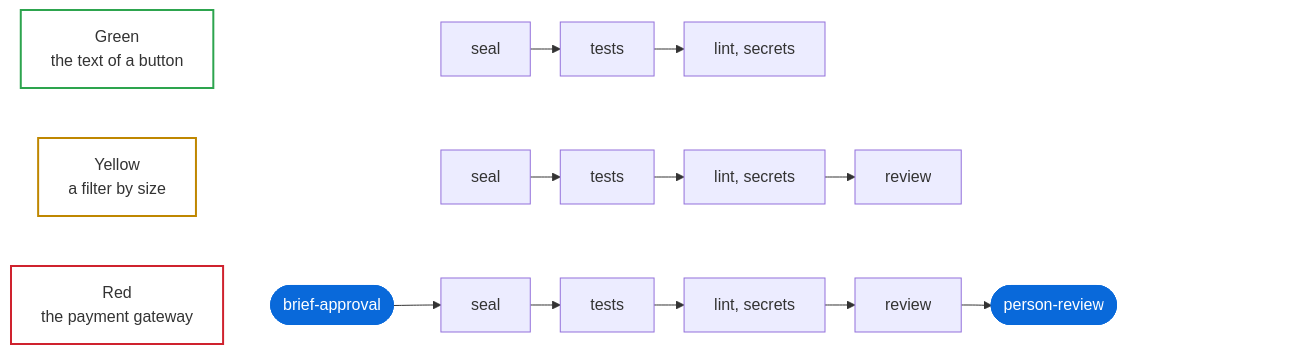
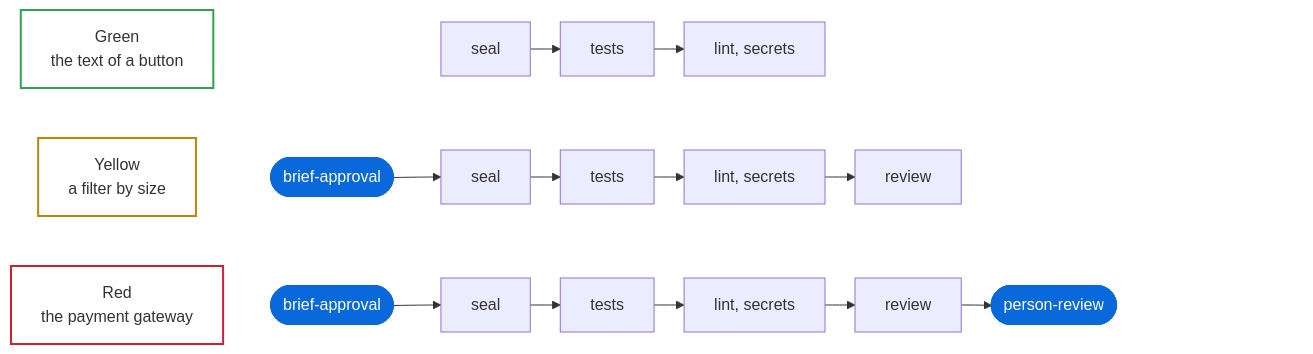
One commit to MarsGotta/gdd changed the third of 4 diagrams in skills/README.md. Above: the diagram before and after it, drawn with Mermaid. The commit also changed other lines of this file and 38 other files, not shown here.

First line of the commit message:
Approve the brief on yellow again, judge every finished build, and move the skills to 0.10.1

````diff
--- a/skills/README.md
+++ b/skills/README.md
@@ -202,18 +202,18 @@
 ```mermaid
 %%{init: {"flowchart": {"rankSpacing": 30}}}%%
 flowchart LR
     accTitle: What each color asks for, in the blueprint's template
-    accDescr: Green asks for the seal, the tests, the linter and the secret scan. Yellow adds a reviewer. Red adds your approval of the brief before anyone builds, and your review of the change at the end.
+    accDescr: Green asks for the seal, the tests, the linter and the secret scan. Yellow adds your approval of the brief before anyone builds, and a reviewer. Red adds your review of the change at the end.
     G["Green<br/>the text of a button"] ~~~ g0["brief-approval"] ~~~ g1["seal"] --> g2["tests"] --> g3["lint, secrets"]
-    Y["Yellow<br/>a filter by size"] ~~~ y0["brief-approval"] ~~~ y1["seal"] --> y2["tests"] --> y3["lint, secrets"] --> y5["review"]
+    Y["Yellow<br/>a filter by size"] ~~~ y0(["brief-approval"]) --> y1["seal"] --> y2["tests"] --> y3["lint, secrets"] --> y5["review"]
     R["Red<br/>the payment gateway"] ~~~ r0(["brief-approval"]) --> r1["seal"] --> r2["tests"] --> r3["lint, secrets"] --> r5["review"] --> r6(["person-review"])
-    %% Three empty nodes: g0 and y0 line the checks up with Red's, Z keeps the right side free for GitHub's zoom buttons
+    %% Two empty nodes: g0 lines Green's checks up with the others, Z keeps the right side free for GitHub's zoom buttons
     r6 ~~~ Z["zoom buttons"]
     classDef you fill:#0969da,stroke:#0969da,color:#ffffff
     classDef room fill:none,stroke:none,color:transparent
-    class r0,r6 you
-    class g0,y0,Z room
+    class y0,r0,r6 you
+    class g0,Z room
     style G fill:none,stroke:#2da44e,stroke-width:2px
     style Y fill:none,stroke:#bf8700,stroke-width:2px
     style R fill:none,stroke:#cf222e,stroke-width:2px
 ```
````
